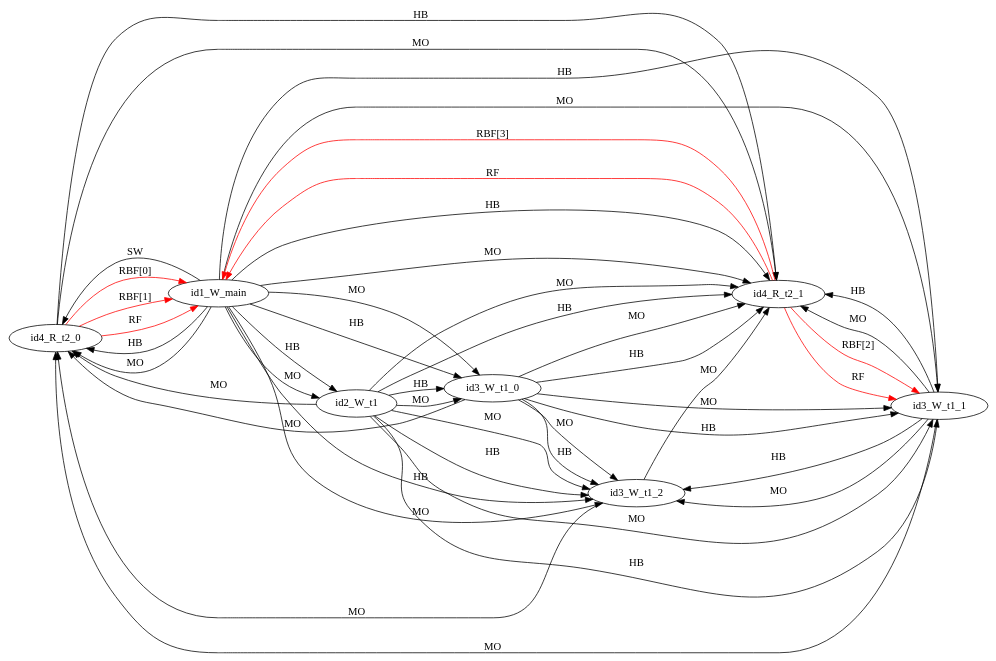
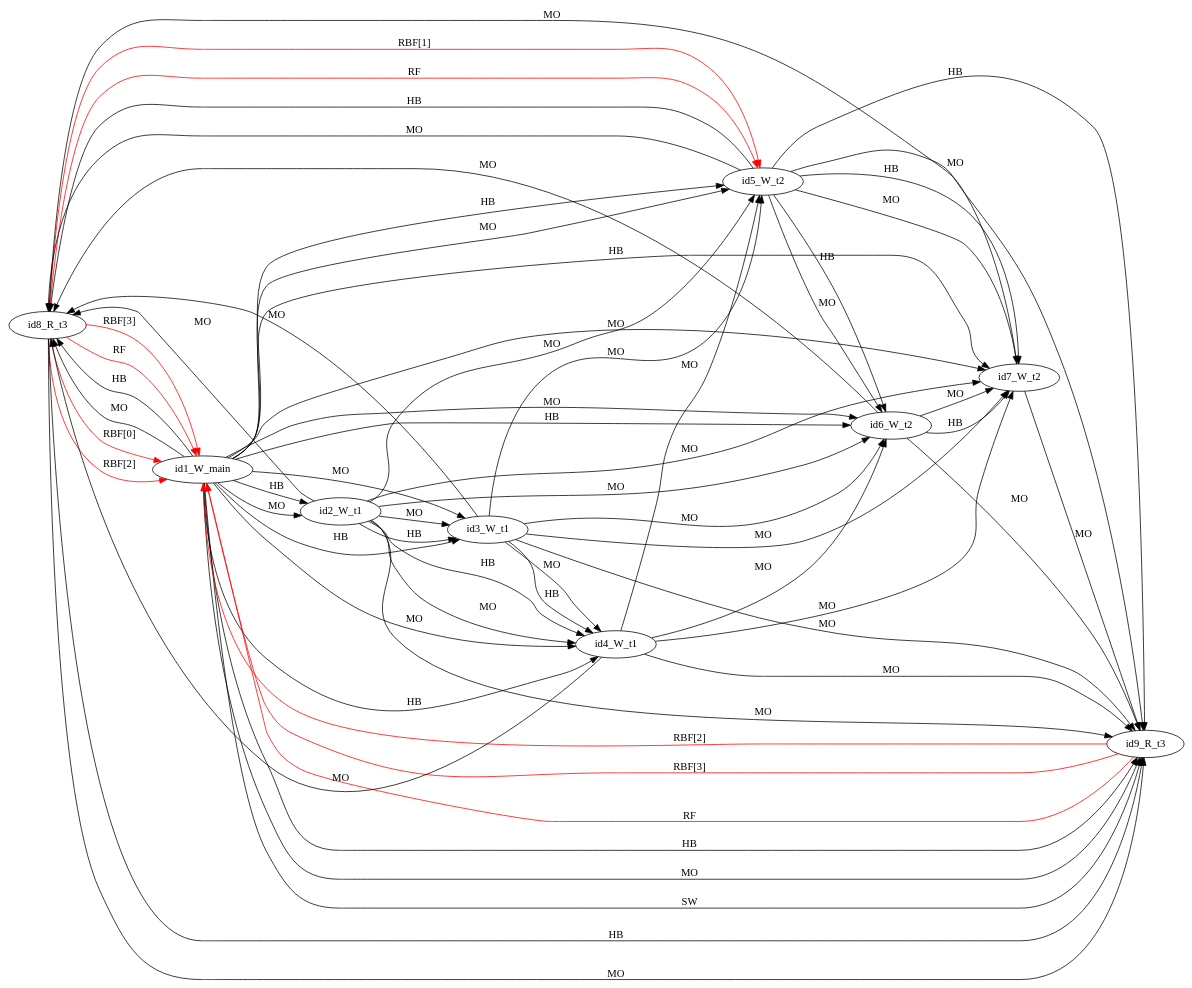
The diagram in examples/single_var/sv_simple19/mm4.dot (FMJS/EMME), drawn with Graphviz before and after one commit. The commit also changed 357 other files, not shown here.

```diff
--- a/examples/single_var/sv_simple19/mm4.dot
+++ b/examples/single_var/sv_simple19/mm4.dot
@@ -1,48 +1,66 @@
 digraph memory_model {
 rankdir=LR;
-id4_R_t2_0 -> id1_W_main [label = "RBF[0]", color="red"];
-id4_R_t2_0 -> id1_W_main [label = "RBF[1]", color="red"];
-id4_R_t2_1 -> id1_W_main [label = "RBF[3]", color="red"];
-id4_R_t2_1 -> id3_W_t1_1 [label = "RBF[2]", color="red"];
-id4_R_t2_0 -> id1_W_main [label = "RF", color="red"];
-id4_R_t2_1 -> id1_W_main [label = "RF", color="red"];
-id4_R_t2_1 -> id3_W_t1_1 [label = "RF", color="red"];
-id2_W_t1 -> id3_W_t1_0 [label = "HB", color="black"];
-id2_W_t1 -> id3_W_t1_1 [label = "HB", color="black"];
-id2_W_t1 -> id3_W_t1_2 [label = "HB", color="black"];
-id3_W_t1_0 -> id3_W_t1_1 [label = "HB", color="black"];
-id3_W_t1_0 -> id3_W_t1_2 [label = "HB", color="black"];
-id3_W_t1_1 -> id3_W_t1_2 [label = "HB", color="black"];
-id4_R_t2_0 -> id4_R_t2_1 [label = "HB", color="black"];
+id8_R_t3 -> id1_W_main [label = "RBF[0]", color="red"];
+id8_R_t3 -> id1_W_main [label = "RBF[2]", color="red"];
+id8_R_t3 -> id1_W_main [label = "RBF[3]", color="red"];
+id8_R_t3 -> id5_W_t2 [label = "RBF[1]", color="red"];
+id9_R_t3 -> id1_W_main [label = "RBF[2]", color="red"];
+id9_R_t3 -> id1_W_main [label = "RBF[3]", color="red"];
+id8_R_t3 -> id1_W_main [label = "RF", color="red"];
+id8_R_t3 -> id5_W_t2 [label = "RF", color="red"];
+id9_R_t3 -> id1_W_main [label = "RF", color="red"];
+id2_W_t1 -> id3_W_t1 [label = "HB", color="black"];
+id2_W_t1 -> id4_W_t1 [label = "HB", color="black"];
+id3_W_t1 -> id4_W_t1 [label = "HB", color="black"];
+id5_W_t2 -> id6_W_t2 [label = "HB", color="black"];
+id5_W_t2 -> id7_W_t2 [label = "HB", color="black"];
+id6_W_t2 -> id7_W_t2 [label = "HB", color="black"];
+id8_R_t3 -> id9_R_t3 [label = "HB", color="black"];
 id1_W_main -> id2_W_t1 [label = "HB", color="black"];
-id1_W_main -> id3_W_t1_0 [label = "HB", color="black"];
-id1_W_main -> id3_W_t1_1 [label = "HB", color="black"];
-id1_W_main -> id3_W_t1_2 [label = "HB", color="black"];
-id1_W_main -> id4_R_t2_0 [label = "HB", color="black"];
-id1_W_main -> id4_R_t2_1 [label = "HB", color="black"];
-id2_W_t1 -> id4_R_t2_1 [label = "HB", color="black"];
-id3_W_t1_0 -> id4_R_t2_1 [label = "HB", color="black"];
-id3_W_t1_1 -> id4_R_t2_1 [label = "HB", color="black"];
-id2_W_t1 -> id3_W_t1_0 [label = "MO", color="black"];
-id2_W_t1 -> id3_W_t1_1 [label = "MO", color="black"];
-id2_W_t1 -> id3_W_t1_2 [label = "MO", color="black"];
-id3_W_t1_0 -> id3_W_t1_1 [label = "MO", color="black"];
-id3_W_t1_0 -> id3_W_t1_2 [label = "MO", color="black"];
-id3_W_t1_1 -> id3_W_t1_2 [label = "MO", color="black"];
-id4_R_t2_0 -> id4_R_t2_1 [label = "MO", color="black"];
+id1_W_main -> id3_W_t1 [label = "HB", color="black"];
+id1_W_main -> id4_W_t1 [label = "HB", color="black"];
+id1_W_main -> id5_W_t2 [label = "HB", color="black"];
+id1_W_main -> id6_W_t2 [label = "HB", color="black"];
+id1_W_main -> id7_W_t2 [label = "HB", color="black"];
+id1_W_main -> id8_R_t3 [label = "HB", color="black"];
+id1_W_main -> id9_R_t3 [label = "HB", color="black"];
+id5_W_t2 -> id8_R_t3 [label = "HB", color="black"];
+id5_W_t2 -> id9_R_t3 [label = "HB", color="black"];
+id2_W_t1 -> id3_W_t1 [label = "MO", color="black"];
+id2_W_t1 -> id4_W_t1 [label = "MO", color="black"];
+id3_W_t1 -> id4_W_t1 [label = "MO", color="black"];
+id5_W_t2 -> id6_W_t2 [label = "MO", color="black"];
+id5_W_t2 -> id7_W_t2 [label = "MO", color="black"];
+id6_W_t2 -> id7_W_t2 [label = "MO", color="black"];
+id8_R_t3 -> id9_R_t3 [label = "MO", color="black"];
 id1_W_main -> id2_W_t1 [label = "MO", color="black"];
-id1_W_main -> id3_W_t1_0 [label = "MO", color="black"];
-id1_W_main -> id3_W_t1_1 [label = "MO", color="black"];
-id1_W_main -> id3_W_t1_2 [label = "MO", color="black"];
-id1_W_main -> id4_R_t2_0 [label = "MO", color="black"];
-id1_W_main -> id4_R_t2_1 [label = "MO", color="black"];
-id2_W_t1 -> id4_R_t2_0 [label = "MO", color="black"];
-id2_W_t1 -> id4_R_t2_1 [label = "MO", color="black"];
-id3_W_t1_0 -> id4_R_t2_0 [label = "MO", color="black"];
-id3_W_t1_0 -> id4_R_t2_1 [label = "MO", color="black"];
-id3_W_t1_1 -> id4_R_t2_0 [label = "MO", color="black"];
-id3_W_t1_1 -> id4_R_t2_1 [label = "MO", color="black"];
-id3_W_t1_2 -> id4_R_t2_0 [label = "MO", color="black"];
-id3_W_t1_2 -> id4_R_t2_1 [label = "MO", color="black"];
-id1_W_main -> id4_R_t2_0 [label = "SW", color="black"];
+id1_W_main -> id3_W_t1 [label = "MO", color="black"];
+id1_W_main -> id4_W_t1 [label = "MO", color="black"];
+id1_W_main -> id5_W_t2 [label = "MO", color="black"];
+id1_W_main -> id6_W_t2 [label = "MO", color="black"];
+id1_W_main -> id7_W_t2 [label = "MO", color="black"];
+id1_W_main -> id8_R_t3 [label = "MO", color="black"];
+id1_W_main -> id9_R_t3 [label = "MO", color="black"];
+id2_W_t1 -> id5_W_t2 [label = "MO", color="black"];
+id2_W_t1 -> id6_W_t2 [label = "MO", color="black"];
+id2_W_t1 -> id7_W_t2 [label = "MO", color="black"];
+id2_W_t1 -> id8_R_t3 [label = "MO", color="black"];
+id2_W_t1 -> id9_R_t3 [label = "MO", color="black"];
+id3_W_t1 -> id5_W_t2 [label = "MO", color="black"];
+id3_W_t1 -> id6_W_t2 [label = "MO", color="black"];
+id3_W_t1 -> id7_W_t2 [label = "MO", color="black"];
+id3_W_t1 -> id8_R_t3 [label = "MO", color="black"];
+id3_W_t1 -> id9_R_t3 [label = "MO", color="black"];
+id4_W_t1 -> id5_W_t2 [label = "MO", color="black"];
+id4_W_t1 -> id6_W_t2 [label = "MO", color="black"];
+id4_W_t1 -> id7_W_t2 [label = "MO", color="black"];
+id4_W_t1 -> id8_R_t3 [label = "MO", color="black"];
+id4_W_t1 -> id9_R_t3 [label = "MO", color="black"];
+id5_W_t2 -> id8_R_t3 [label = "MO", color="black"];
+id5_W_t2 -> id9_R_t3 [label = "MO", color="black"];
+id6_W_t2 -> id8_R_t3 [label = "MO", color="black"];
+id6_W_t2 -> id9_R_t3 [label = "MO", color="black"];
+id7_W_t2 -> id8_R_t3 [label = "MO", color="black"];
+id7_W_t2 -> id9_R_t3 [label = "MO", color="black"];
+id1_W_main -> id9_R_t3 [label = "SW", color="black"];
 }
```
